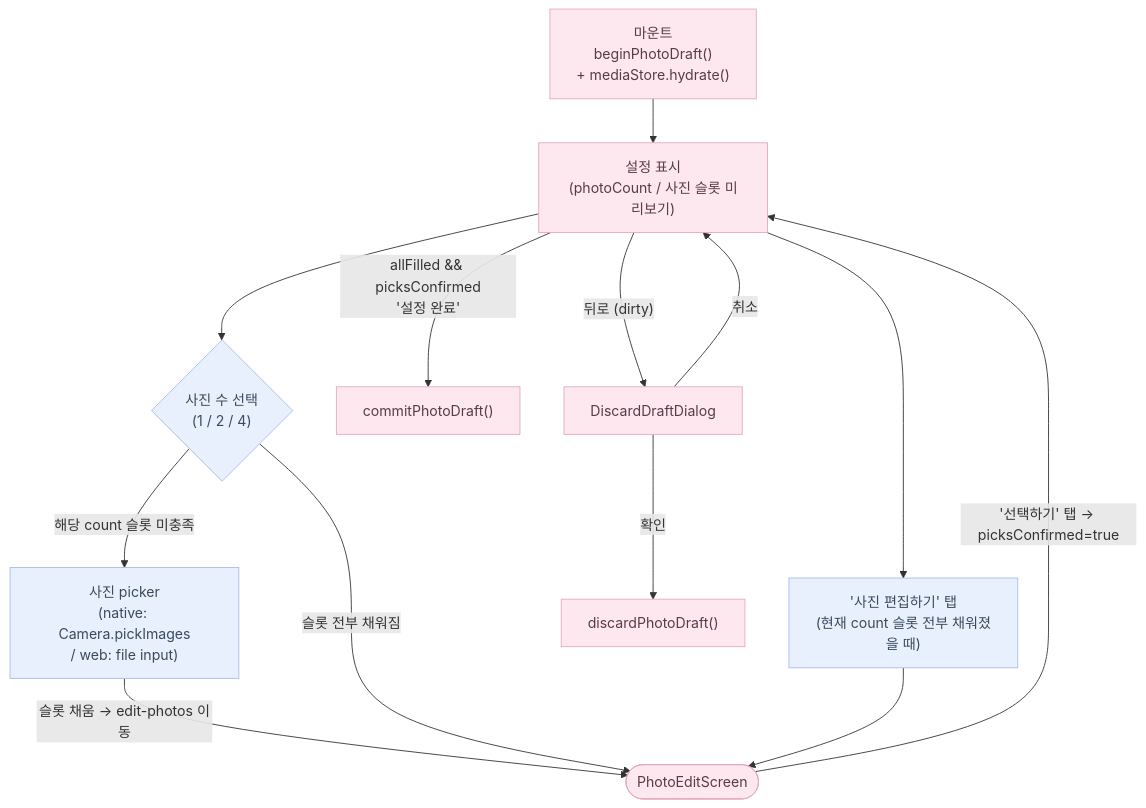
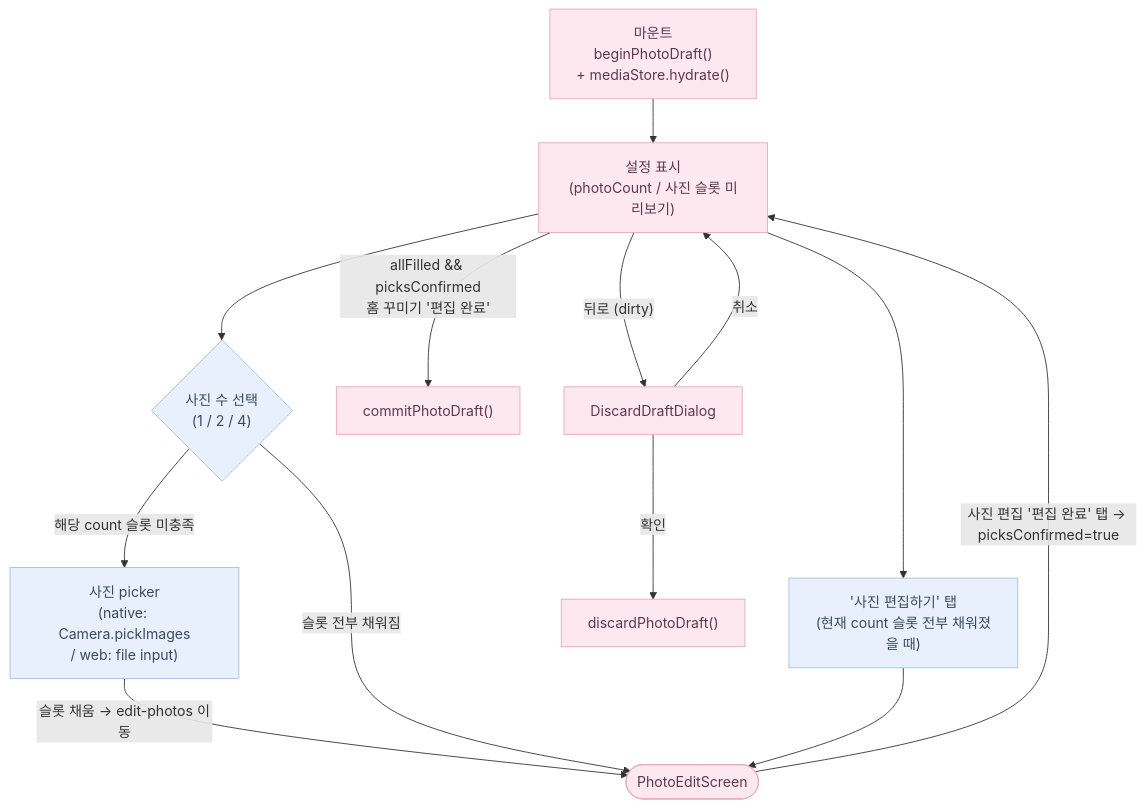
One commit to soojjung/dwee-wellness-tracker changed the third of 6 diagrams in docs/flows/customize.md. Above: the diagram before and after it, drawn with Mermaid. The commit also changed other lines of this file and 52 other files, not shown here.

````diff
--- a/docs/flows/customize.md
+++ b/docs/flows/customize.md
@@ -73,22 +73,22 @@
 ```mermaid
 flowchart TD
     Mount["마운트\nbeginPhotoDraft()\n+ mediaStore.hydrate()"] --> Show["설정 표시\n(photoCount / 사진 슬롯 미리보기)"]
     Show --> EditCount{"사진 수 선택\n(1 / 2 / 4)"}
     Show --> TapEdit["'사진 편집하기' 탭\n(현재 count 슬롯 전부 채워졌을 때)"]
 
     EditCount -->|"해당 count 슬롯 미충족"| Pick["사진 picker\n(native: Camera.pickImages\n/ web: file input)"]
     Pick -->|"슬롯 채움 → edit-photos 이동"| EditPhotos([PhotoEditScreen])
     EditCount -->|"슬롯 전부 채워짐"| EditPhotos
     TapEdit --> EditPhotos
-    EditPhotos -->|"'선택하기' 탭 → picksConfirmed=true"| Show
+    EditPhotos -->|"사진 편집 '편집 완료' 탭 → picksConfirmed=true"| Show
 
-    Show -->|"allFilled && picksConfirmed\n'설정 완료'"| Commit["commitPhotoDraft()"]
+    Show -->|"allFilled && picksConfirmed\n홈 꾸미기 '편집 완료'"| Commit["commitPhotoDraft()"]
     Show -->|"뒤로 (dirty)"| Dialog["DiscardDraftDialog"]
     Dialog -->|"확인"| Discard["discardPhotoDraft()"]
     Dialog -->|"취소"| Show
 
     classDef ui fill:#FDE8EF,stroke:#E5A8BD,color:#5C3A4A;
     classDef logic fill:#E8F0FD,stroke:#A8BDE5,color:#3A4A5C;
     class Mount,Show,EditPhotos,Commit,Discard,Dialog ui;
     class EditCount,TapEdit,Pick logic;
 ```
````
